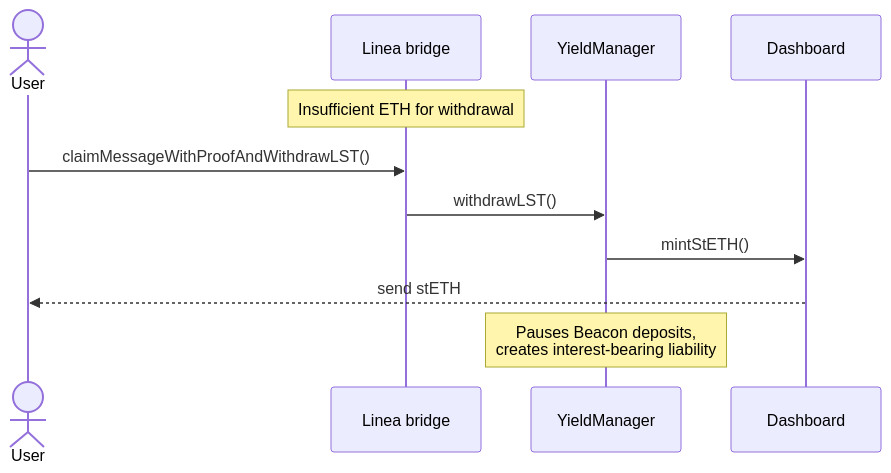
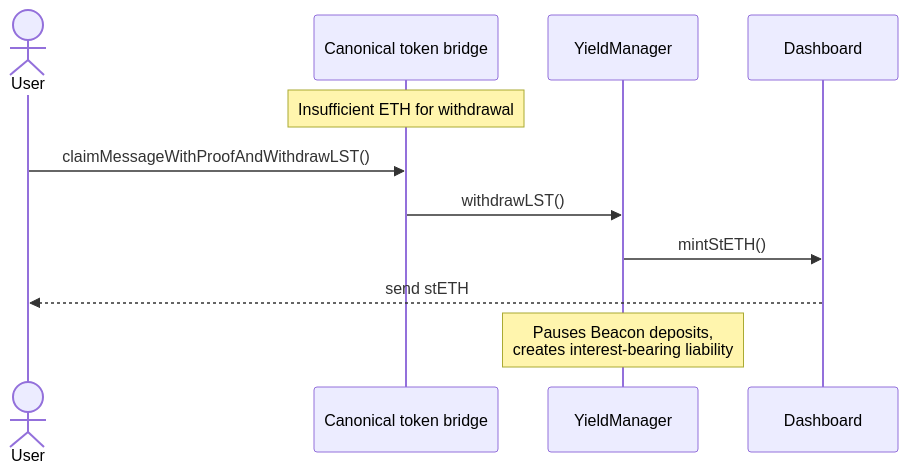
The seventh of 8 diagrams in docs/protocol/yield-boost-architecture.mdx (Consensys/doc.linea), drawn with Mermaid before and after one commit. The commit also changed other lines of this file and 1 other file, not shown here.

````diff
--- a/docs/protocol/yield-boost-architecture.mdx
+++ b/docs/protocol/yield-boost-architecture.mdx
@@ -283,14 +284,14 @@
 ```mermaid
 sequenceDiagram
     actor U as User
-    participant LR as Linea bridge
+    participant BR as Canonical token bridge
     participant YM as YieldManager
     participant DB as Dashboard
 
-    Note over LR: Insufficient ETH for withdrawal
-    U->>LR: claimMessageWithProofAndWithdrawLST()
-    LR->>YM: withdrawLST()
+    Note over BR: Insufficient ETH for withdrawal
+    U->>BR: claimMessageWithProofAndWithdrawLST()
+    BR->>YM: withdrawLST()
     YM->>DB: mintStETH()
     DB-->>U: send stETH
     Note over YM: Pauses Beacon deposits,<br/>creates interest-bearing liability
 ```
````
